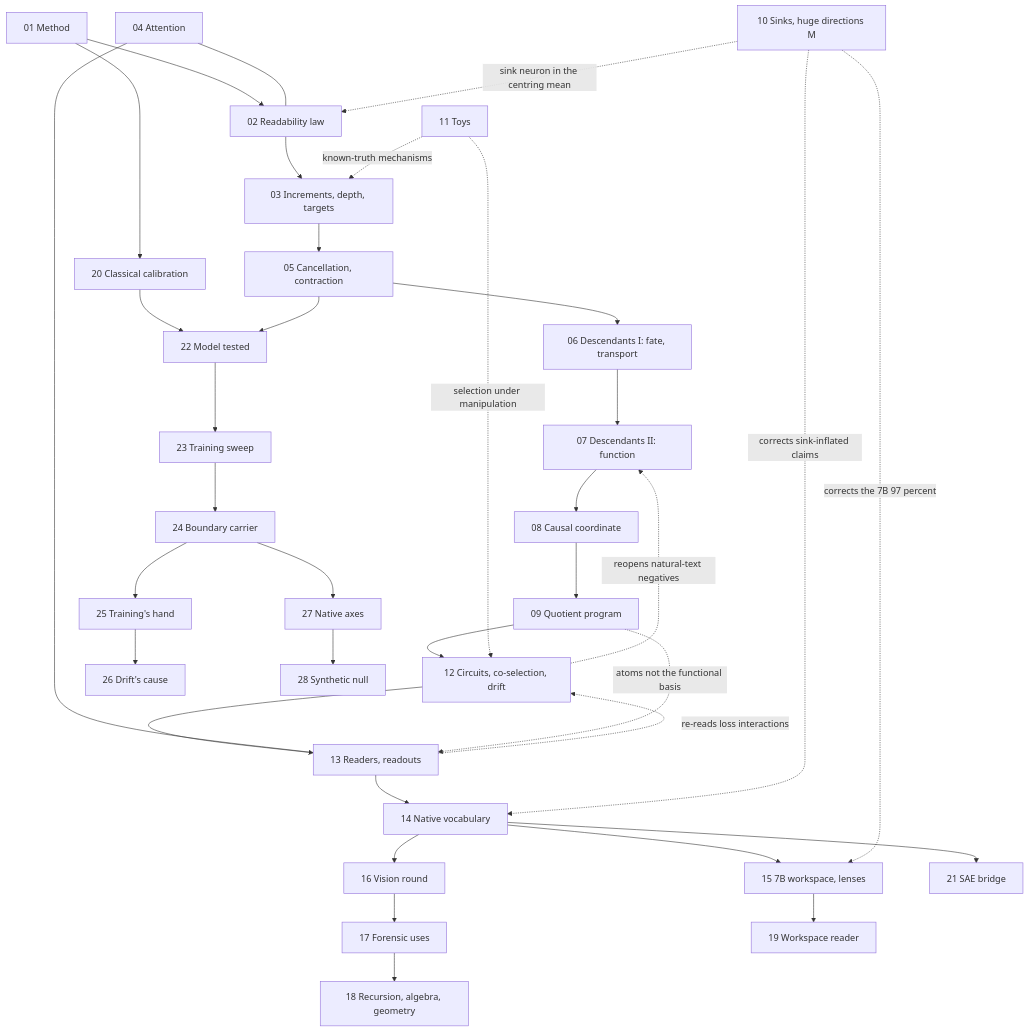
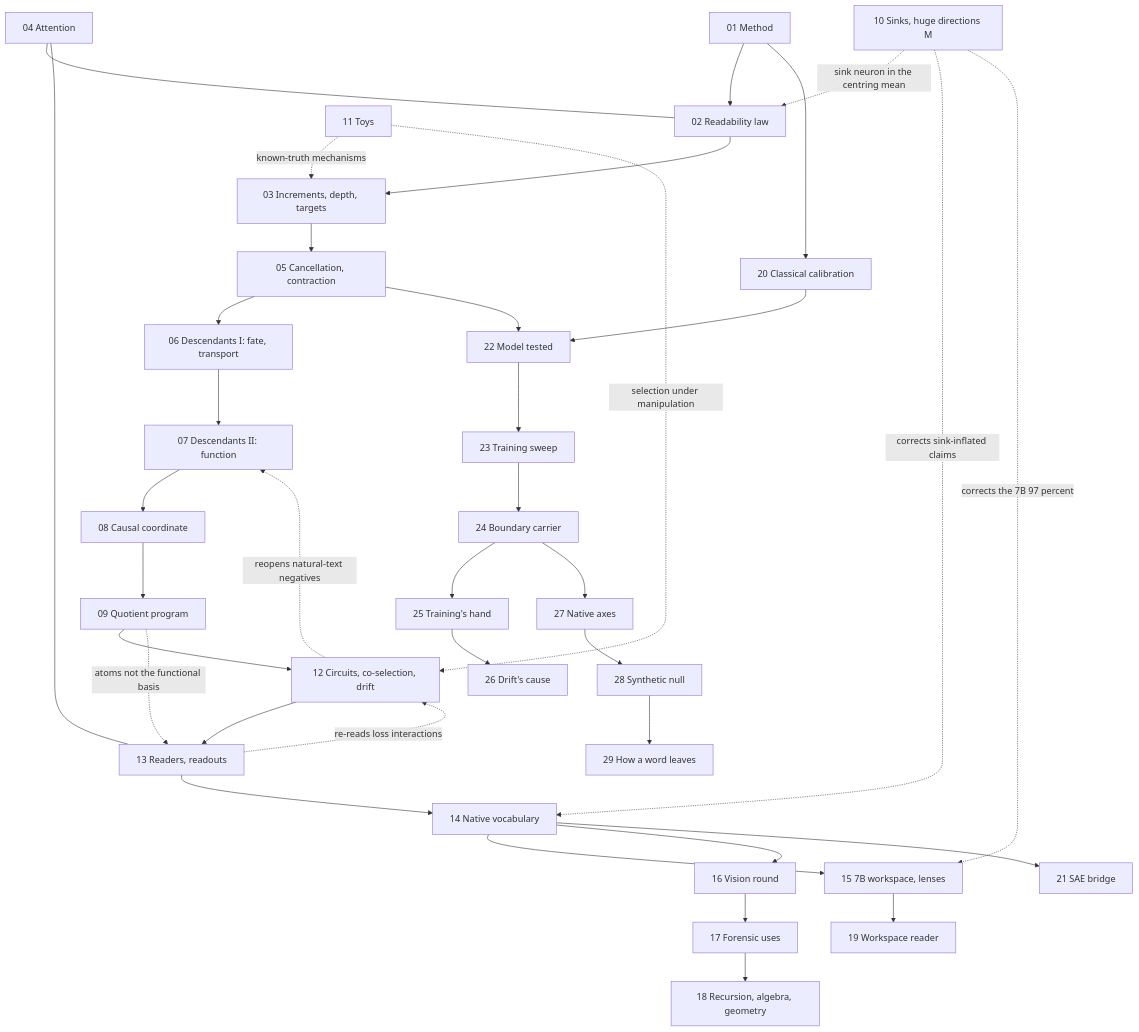
One commit to sunmoonron/wdd-descendants changed the diagram in README.md. Above: the diagram before and after it, drawn with Mermaid. The commit also changed other lines of this file and 21 other files, not shown here.

````diff
--- a/README.md
+++ b/README.md
@@ -48,38 +49,39 @@
 ```mermaid
 flowchart TD
   A01["01 Method"] --> A02["02 Readability law"]
   A02 --> A03["03 Increments, depth, targets"]
   A03 --> A05["05 Cancellation, contraction"]
   A05 --> A06["06 Descendants I: fate, transport"]
   A06 --> A07["07 Descendants II: function"]
   A07 --> A08["08 Causal coordinate"]
   A08 --> A09["09 Quotient program"]
   A09 --> A12["12 Circuits, co-selection, drift"]
   A12 --> A13["13 Readers, readouts"]
   A13 --> A14["14 Native vocabulary"]
   A14 --> A15["15 7B workspace, lenses"]
   A14 --> A16["16 Vision round"]
   A16 --> A17["17 Forensic uses"]
   A17 --> A18["18 Recursion, algebra, geometry"]
   A15 --> A19["19 Workspace reader"]
   A01 --> A20["20 Classical calibration"]
   A14 --> A21["21 SAE bridge"]
   A20 --> A22["22 Model tested"]
   A22 --> A23["23 Training sweep"]
   A23 --> A24["24 Boundary carrier"]
   A24 --> A25["25 Training's hand"]
   A25 --> A26["26 Drift's cause"]
   A24 --> A27["27 Native axes"]
   A27 --> A28["28 Synthetic null"]
+  A28 --> A29["29 How a word leaves"]
   A05 --> A22
   A04["04 Attention"] --- A02
   A04 --- A13
   A10["10 Sinks, huge directions M"] -.->|sink neuron in the centring mean| A02
   A10 -.->|corrects sink-inflated claims| A14
   A10 -.->|corrects the 7B 97 percent| A15
   A11["11 Toys"] -.->|known-truth mechanisms| A03
   A11 -.->|selection under manipulation| A12
   A12 -.->|reopens natural-text negatives| A07
   A13 -.->|re-reads loss interactions| A12
   A09 -.->|atoms not the functional basis| A13
 ```
````
